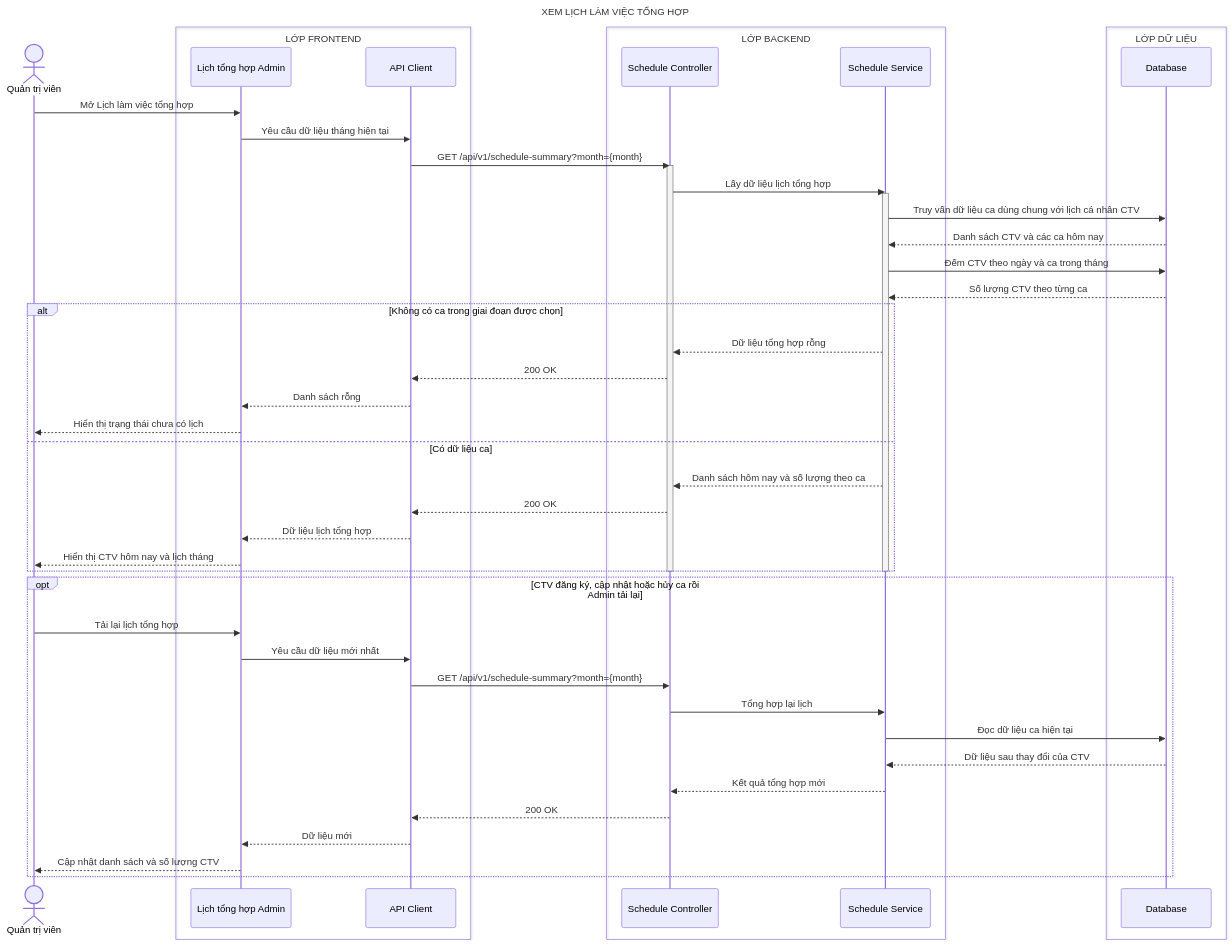
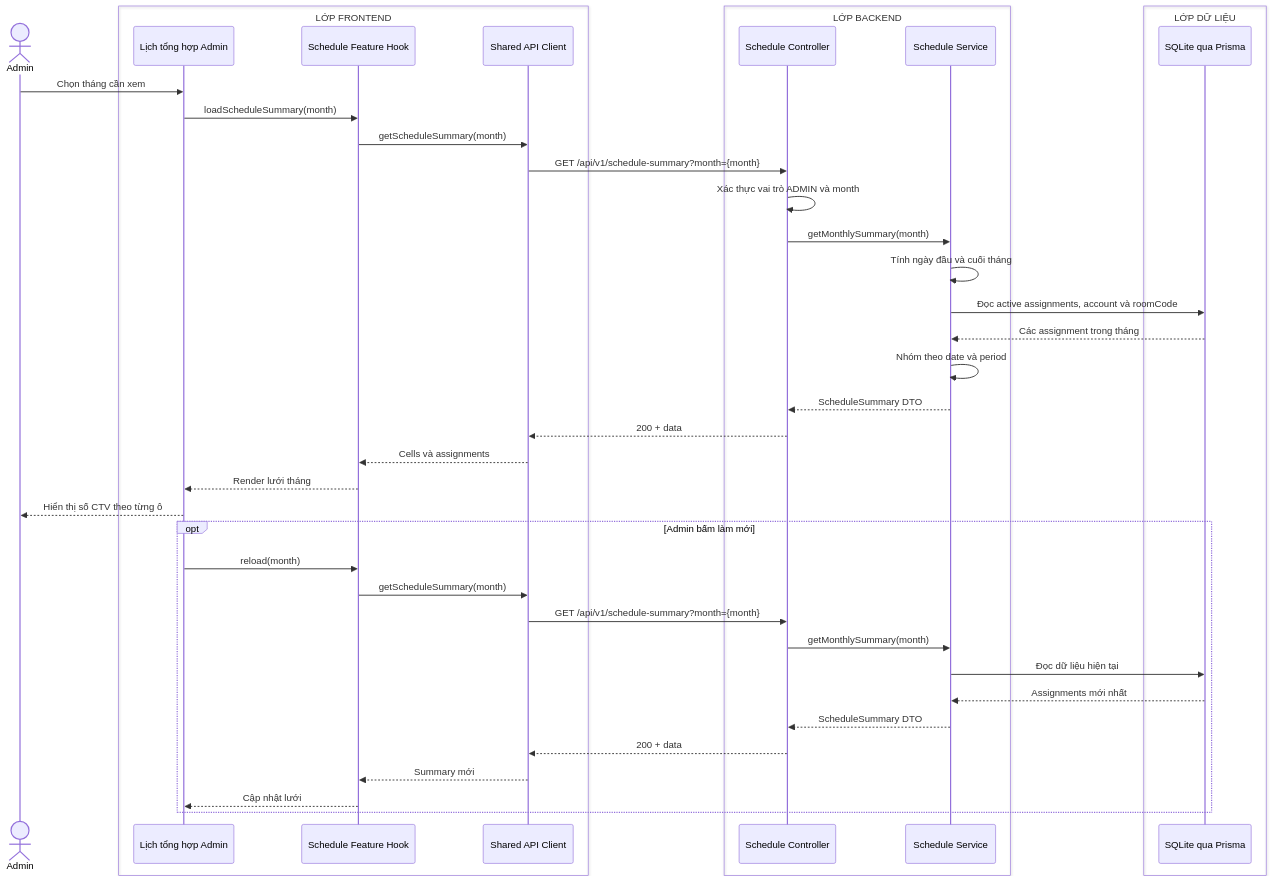
The diagram in docs/sequence-diagrams/07-xem-lich-lam-viec-tong-hop.md (MINHDZVODICH/ctv-manage), drawn with Mermaid before and after one commit. The commit also changed other lines of this file and 19 other files, not shown here.

Commit message:
docs: align API architecture and prototype flows

````diff
--- a/docs/sequence-diagrams/07-xem-lich-lam-viec-tong-hop.md
+++ b/docs/sequence-diagrams/07-xem-lich-lam-viec-tong-hop.md
@@ -3,59 +5,45 @@
 ```mermaid
 sequenceDiagram
-    title XEM LỊCH LÀM VIỆC TỔNG HỢP
-
-    actor A as Quản trị viên
-
+    actor A as Admin
     box LỚP FRONTEND
         participant UI as Lịch tổng hợp Admin
-        participant API as API Client
+        participant H as Schedule Feature Hook
+        participant API as Shared API Client
     end
-
     box LỚP BACKEND
         participant C as Schedule Controller
         participant S as Schedule Service
     end
-
     box LỚP DỮ LIỆU
-        participant DB as Database
+        participant DB as SQLite qua Prisma
     end
 
-    A->>UI: Mở Lịch làm việc tổng hợp
-    UI->>API: Yêu cầu dữ liệu tháng hiện tại
+    A->>UI: Chọn tháng cần xem
+    UI->>H: loadScheduleSummary(month)
+    H->>API: getScheduleSummary(month)
     API->>C: GET /api/v1/schedule-summary?month={month}
-    activate C
-    C->>S: Lấy dữ liệu lịch tổng hợp
-    activate S
-    S->>DB: Truy vấn dữ liệu ca dùng chung với lịch cá nhân CTV
-    DB-->>S: Danh sách CTV và các ca hôm nay
-    S->>DB: Đếm CTV theo ngày và ca trong tháng
-    DB-->>S: Số lượng CTV theo từng ca
+    C->>C: Xác thực vai trò ADMIN và month
+    C->>S: getMonthlySummary(month)
+    S->>S: Tính ngày đầu và cuối tháng
+    S->>DB: Đọc active assignments, account và roomCode
+    DB-->>S: Các assignment trong tháng
+    S->>S: Nhóm theo date và period
+    S-->>C: ScheduleSummary DTO
+    C-->>API: 200 + data
+    API-->>H: Cells và assignments
+    H-->>UI: Render lưới tháng
+    UI-->>A: Hiển thị số CTV theo từng ô
 
-    alt Không có ca trong giai đoạn được chọn
-        S-->>C: Dữ liệu tổng hợp rỗng
-        C-->>API: 200 OK
-        API-->>UI: Danh sách rỗng
-        UI-->>A: Hiển thị trạng thái chưa có lịch
-    else Có dữ liệu ca
-        S-->>C: Danh sách hôm nay và số lượng theo ca
-        C-->>API: 200 OK
-        API-->>UI: Dữ liệu lịch tổng hợp
-        UI-->>A: Hiển thị CTV hôm nay và lịch tháng
-    end
-
-    deactivate S
-    deactivate C
-
-    opt CTV đăng ký, cập nhật hoặc hủy ca rồi Admin tải lại
-        A->>UI: Tải lại lịch tổng hợp
-        UI->>API: Yêu cầu dữ liệu mới nhất
+    opt Admin bấm làm mới
+        UI->>H: reload(month)
+        H->>API: getScheduleSummary(month)
         API->>C: GET /api/v1/schedule-summary?month={month}
-        C->>S: Tổng hợp lại lịch
-        S->>DB: Đọc dữ liệu ca hiện tại
-        DB-->>S: Dữ liệu sau thay đổi của CTV
-        S-->>C: Kết quả tổng hợp mới
-        C-->>API: 200 OK
-        API-->>UI: Dữ liệu mới
-        UI-->>A: Cập nhật danh sách và số lượng CTV
+        C->>S: getMonthlySummary(month)
+        S->>DB: Đọc dữ liệu hiện tại
+        DB-->>S: Assignments mới nhất
+        S-->>C: ScheduleSummary DTO
+        C-->>API: 200 + data
+        API-->>H: Summary mới
+        H-->>UI: Cập nhật lưới
     end
 ```
````
